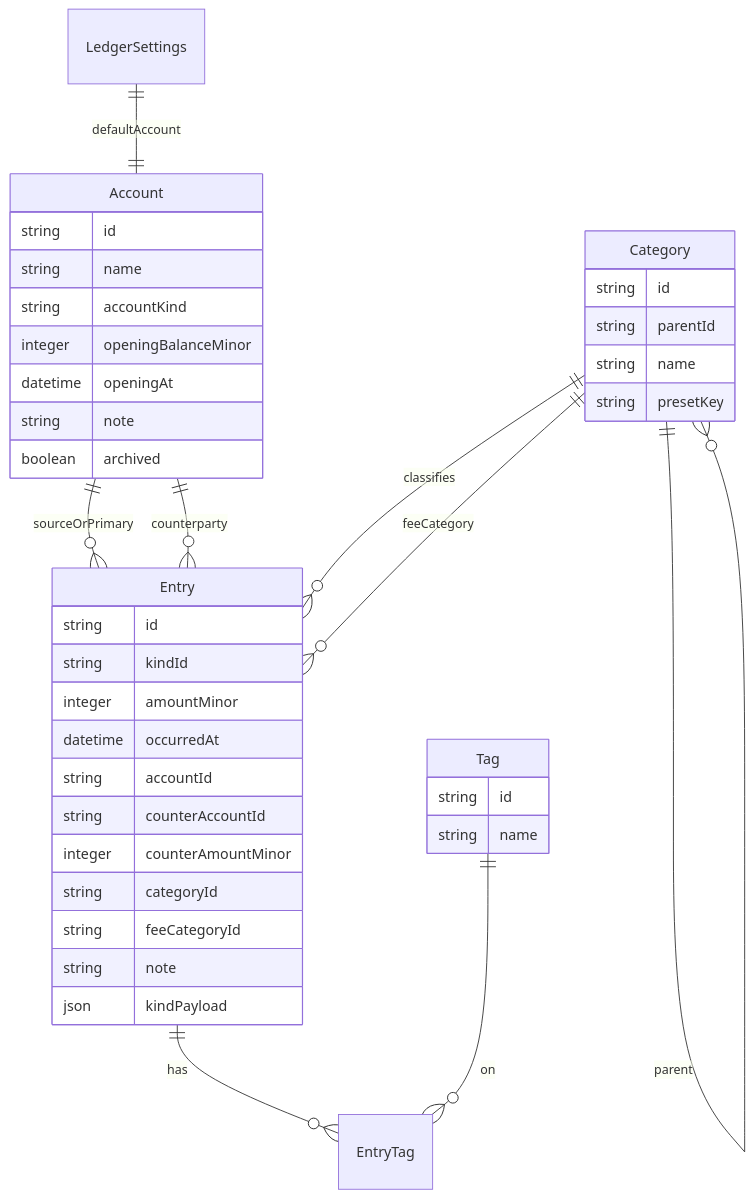
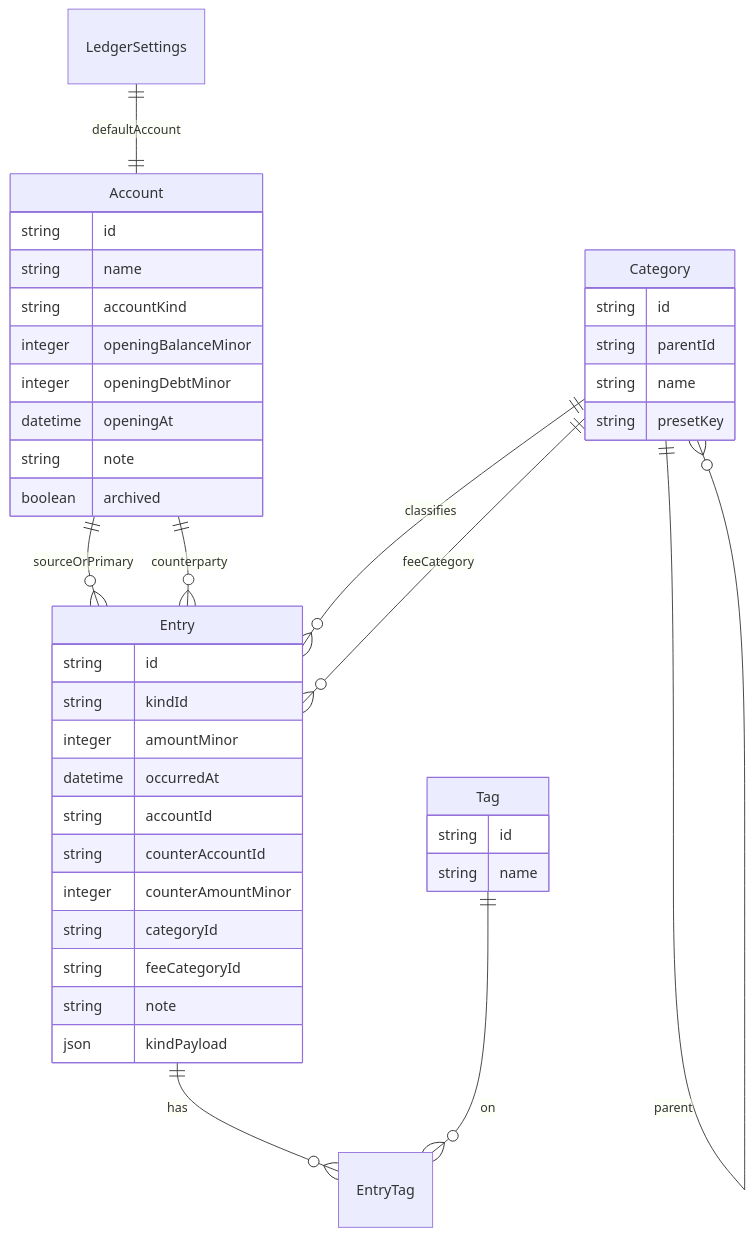
One commit to YuliannusYin/yuli-ledger changed the diagram in docs/domain-model.md. Above: the diagram before and after it, drawn with Mermaid. The commit also changed other lines of this file and 27 other files, not shown here.

````diff
--- a/docs/domain-model.md
+++ b/docs/domain-model.md
@@ -17,43 +17,44 @@
 ```mermaid
 erDiagram
   LedgerSettings ||--|| Account : defaultAccount
   Account ||--o{ Entry : sourceOrPrimary
   Account ||--o{ Entry : counterparty
   Category ||--o{ Category : parent
   Category ||--o{ Entry : classifies
   Category ||--o{ Entry : feeCategory
   Entry ||--o{ EntryTag : has
   Tag ||--o{ EntryTag : on
   Account {
     string id
     string name
     string accountKind
     integer openingBalanceMinor
+    integer openingDebtMinor
     datetime openingAt
     string note
     boolean archived
   }
   Category {
     string id
     string parentId
     string name
     string presetKey
   }
   Entry {
     string id
     string kindId
     integer amountMinor
     datetime occurredAt
     string accountId
     string counterAccountId
     integer counterAmountMinor
     string categoryId
     string feeCategoryId
     string note
     json kindPayload
   }
   Tag {
     string id
     string name
   }
 ```
````
